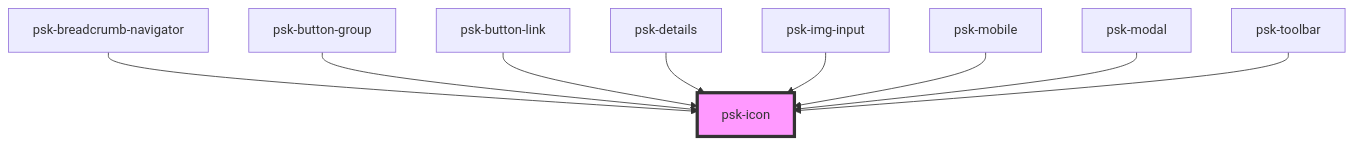
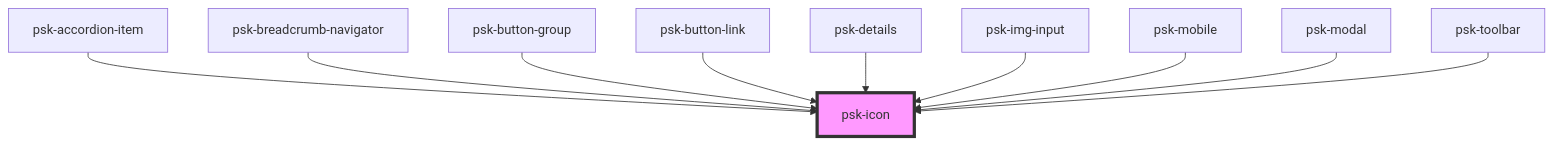
Before and after one commit to daniel-visoiu/cardinal: the diagram in src/components/psk-icon/readme.md, drawn with Mermaid. The commit also changed other lines of this file and 11 other files, not shown here.

Commit message:
psk-accordion new component

````diff
--- a/src/components/psk-icon/readme.md
+++ b/src/components/psk-icon/readme.md
@@ -32,12 +33,13 @@
 ```mermaid
 graph TD;
+  psk-accordion-item --> psk-icon
   psk-breadcrumb-navigator --> psk-icon
   psk-button-group --> psk-icon
   psk-button-link --> psk-icon
   psk-details --> psk-icon
   psk-img-input --> psk-icon
   psk-mobile --> psk-icon
   psk-modal --> psk-icon
   psk-toolbar --> psk-icon
   style psk-icon fill:#f9f,stroke:#333,stroke-width:4px
 ```
````
